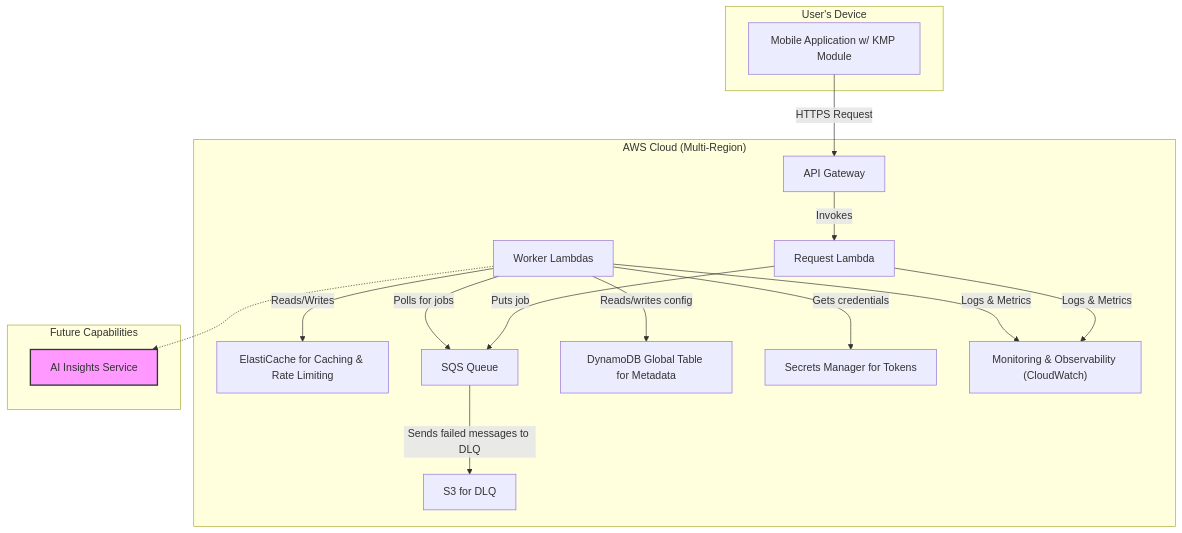
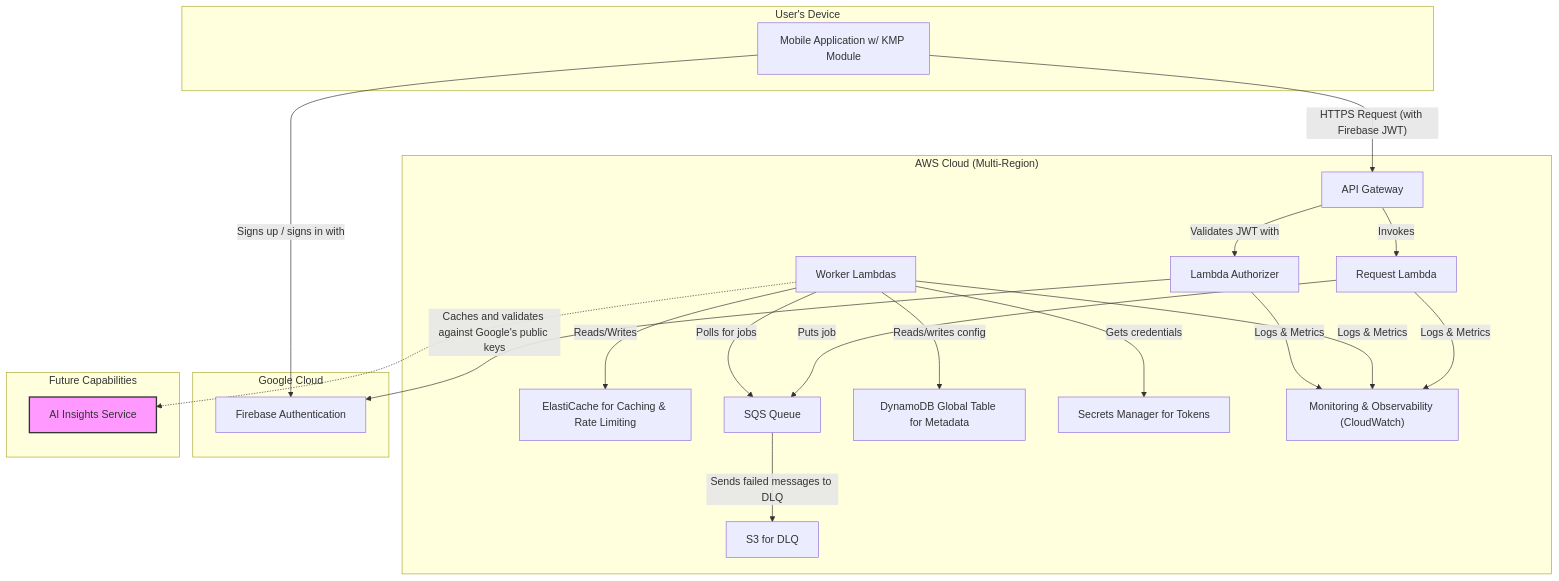
Before and after one commit to dino10bit/healthsync: the second of 4 diagrams in 06-technical-architecture.md, drawn with Mermaid. The commit also changed other lines of this file, not shown here.

First line of the commit message:
doc: Add Firebase Authentication to Technical Architecture

````diff
--- a/06-technical-architecture.md
+++ b/06-technical-architecture.md
@@ -67,36 +67,45 @@
 ```mermaid
 graph TD
     subgraph "AWS Cloud (Multi-Region)"
         APIGateway[API Gateway]
+        AuthorizerLambda[Lambda Authorizer]
         ElastiCache[ElastiCache for Caching & Rate Limiting]
         RequestLambda[Request Lambda]
         SQSQueue[SQS Queue]
         WorkerLambda[Worker Lambdas]
         DynamoDB[DynamoDB Global Table for Metadata]
         SecretsManager[Secrets Manager for Tokens]
         S3[S3 for DLQ]
         Observability["Monitoring & Observability (CloudWatch)"]
+    end
+
+    subgraph "Google Cloud"
+        FirebaseAuth[Firebase Authentication]
     end
 
     subgraph "Future Capabilities"
         style AI_Service fill:#f9f,stroke:#333,stroke-width:2px
         AI_Service[AI Insights Service]
     end
 
     subgraph "User's Device"
         MobileApp[Mobile Application w/ KMP Module]
     end
 
-    MobileApp -- HTTPS Request --> APIGateway
+    MobileApp -- Signs up / signs in with --> FirebaseAuth
+    MobileApp -- "HTTPS Request (with Firebase JWT)" --> APIGateway
+    APIGateway -- "Validates JWT with" --> AuthorizerLambda
+    AuthorizerLambda -- "Caches and validates against Google's public keys"--> FirebaseAuth
     APIGateway -- Invokes --> RequestLambda
     RequestLambda -- Puts job --> SQSQueue
     WorkerLambda -- Polls for jobs --> SQSQueue
     WorkerLambda -- Reads/writes config --> DynamoDB
     WorkerLambda -- Gets credentials --> SecretsManager
     WorkerLambda -- Reads/Writes --> ElastiCache
     WorkerLambda -.-> AI_Service
     SQSQueue -- Sends failed messages to DLQ --> S3
 
     RequestLambda -- Logs & Metrics --> Observability
     WorkerLambda -- Logs & Metrics --> Observability
+    AuthorizerLambda -- Logs & Metrics --> Observability
 ```
````
